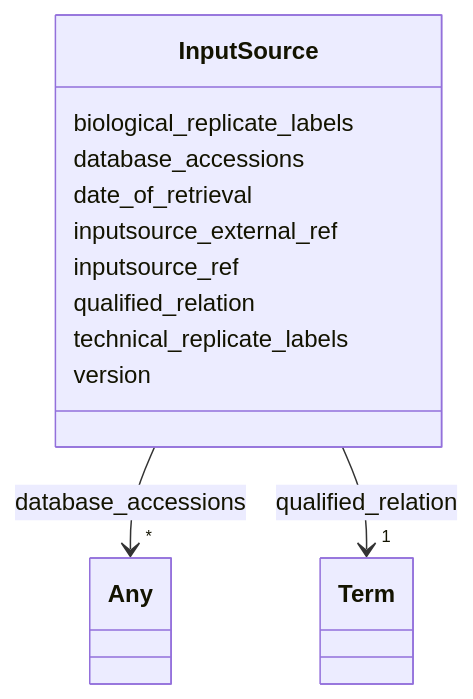
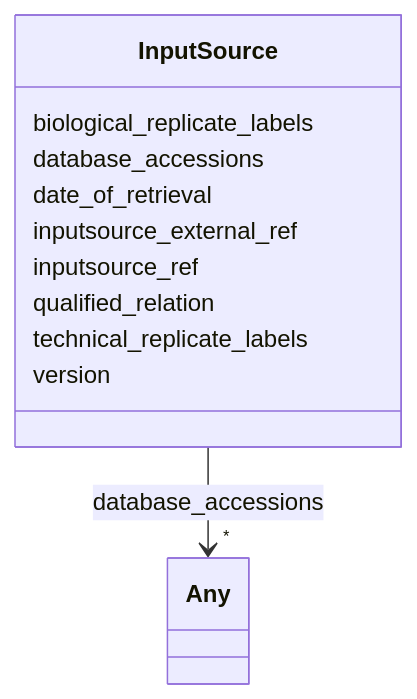
The diagram in docs/InputSource.md (fairtracks/fga-wg), drawn with Mermaid before and after one commit. The commit also changed other lines of this file and 37 other files, not shown here.

````diff
--- a/docs/InputSource.md
+++ b/docs/InputSource.md
@@ -23,40 +23,31 @@
 ```mermaid
  classDiagram
     class InputSource
     click InputSource href "../InputSource/"
       InputSource : biological_replicate_labels
         
       InputSource : database_accessions
         
           
     
         
         
         InputSource --> "*" Any : database_accessions
         click Any href "../Any/"
     
 
         
       InputSource : date_of_retrieval
         
       InputSource : inputsource_external_ref
         
       InputSource : inputsource_ref
         
       InputSource : qualified_relation
         
-          
-    
-        
-        
-        InputSource --> "1" Term : qualified_relation
-        click Term href "../Term/"
-    
-
-        
       InputSource : technical_replicate_labels
         
       InputSource : version
         
       
 ```
````
